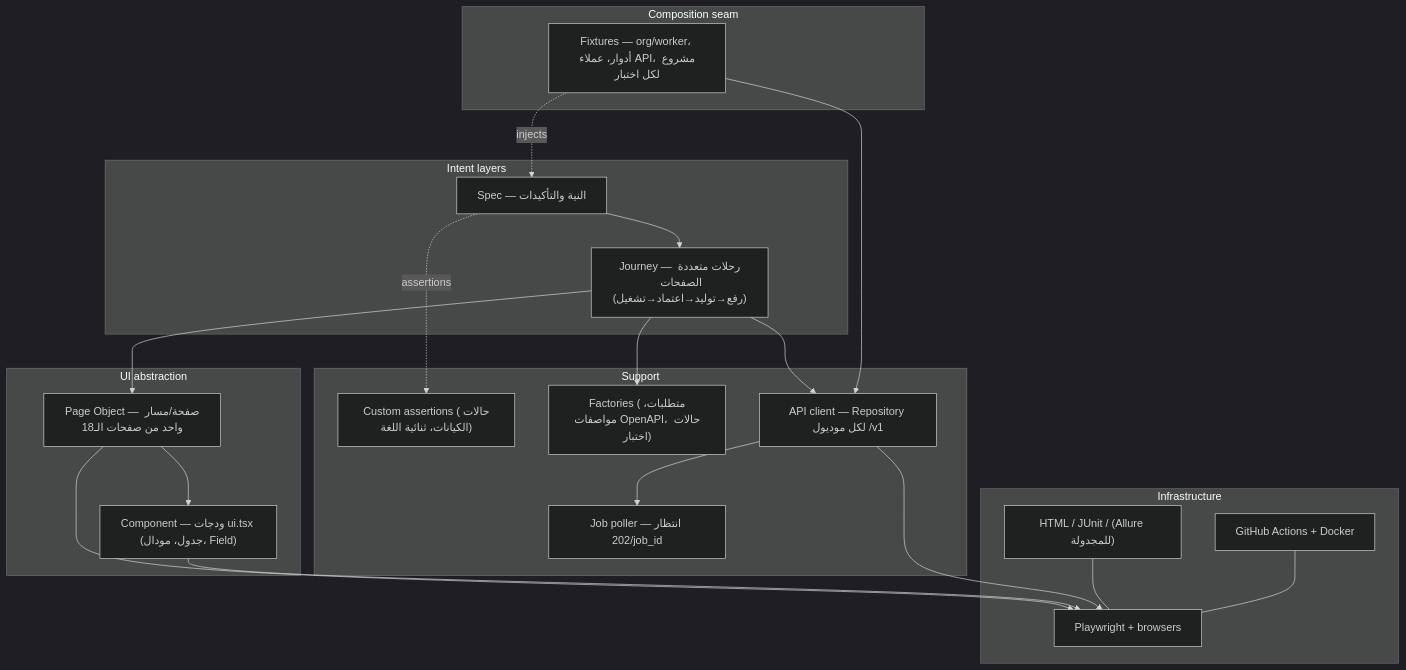
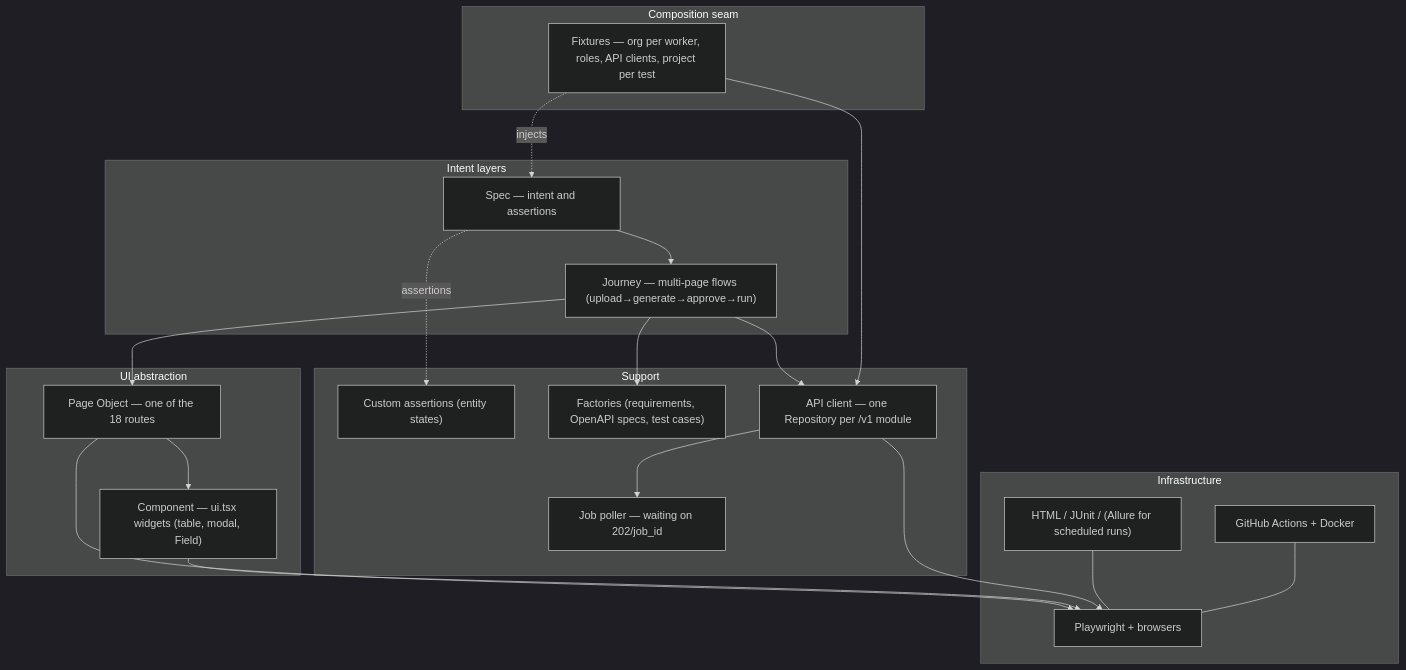
Before and after one commit to Abo5/traceo: the diagram in docs/TEST_AUTOMATION_ARCHITECTURE.md, drawn with Mermaid (dark theme). The commit also changed other lines of this file and 119 other files, not shown here.

````diff
--- a/docs/TEST_AUTOMATION_ARCHITECTURE.md
+++ b/docs/TEST_AUTOMATION_ARCHITECTURE.md
@@ -31,38 +41,38 @@
 ```mermaid
 flowchart TD
     subgraph Intent["Intent layers"]
-        T["Spec — النية والتأكيدات"]
-        W["Journey — رحلات متعددة الصفحات (رفع→توليد→اعتماد→تشغيل)"]
+        T["Spec — intent and assertions"]
+        W["Journey — multi-page flows (upload→generate→approve→run)"]
     end
     subgraph UI["UI abstraction"]
-        P["Page Object — صفحة/مسار واحد من صفحات الـ18"]
-        C["Component — ودجات ui.tsx (جدول، مودال، Field)"]
+        P["Page Object — one of the 18 routes"]
+        C["Component — ui.tsx widgets (table, modal, Field)"]
     end
     subgraph Seam["Composition seam"]
-        FX["Fixtures — org/worker، أدوار، عملاء API، مشروع لكل اختبار"]
+        FX["Fixtures — org per worker, roles, API clients, project per test"]
     end
     subgraph Support["Support"]
-        A["Custom assertions (حالات الكيانات، ثنائية اللغة)"]
-        TD["Factories (متطلبات، مواصفات OpenAPI، حالات اختبار)"]
-        AC["API client — Repository لكل موديول /v1"]
-        JB["Job poller — انتظار 202/job_id"]
+        A["Custom assertions (entity states)"]
+        TD["Factories (requirements, OpenAPI specs, test cases)"]
+        AC["API client — one Repository per /v1 module"]
+        JB["Job poller — waiting on 202/job_id"]
     end
     subgraph Infra["Infrastructure"]
         PW["Playwright + browsers"]
-        REP["HTML / JUnit / (Allure للمجدولة)"]
+        REP["HTML / JUnit / (Allure for scheduled runs)"]
         CI["GitHub Actions + Docker"]
     end
 
     T --> W --> P --> C
     T -.assertions.-> A
     W --> AC
     W --> TD
     AC --> JB
     FX -.injects.-> T
     FX --> AC
     P --> PW
     C --> PW
     AC --> PW
     REP --- PW
     CI --- PW
 ```
````
